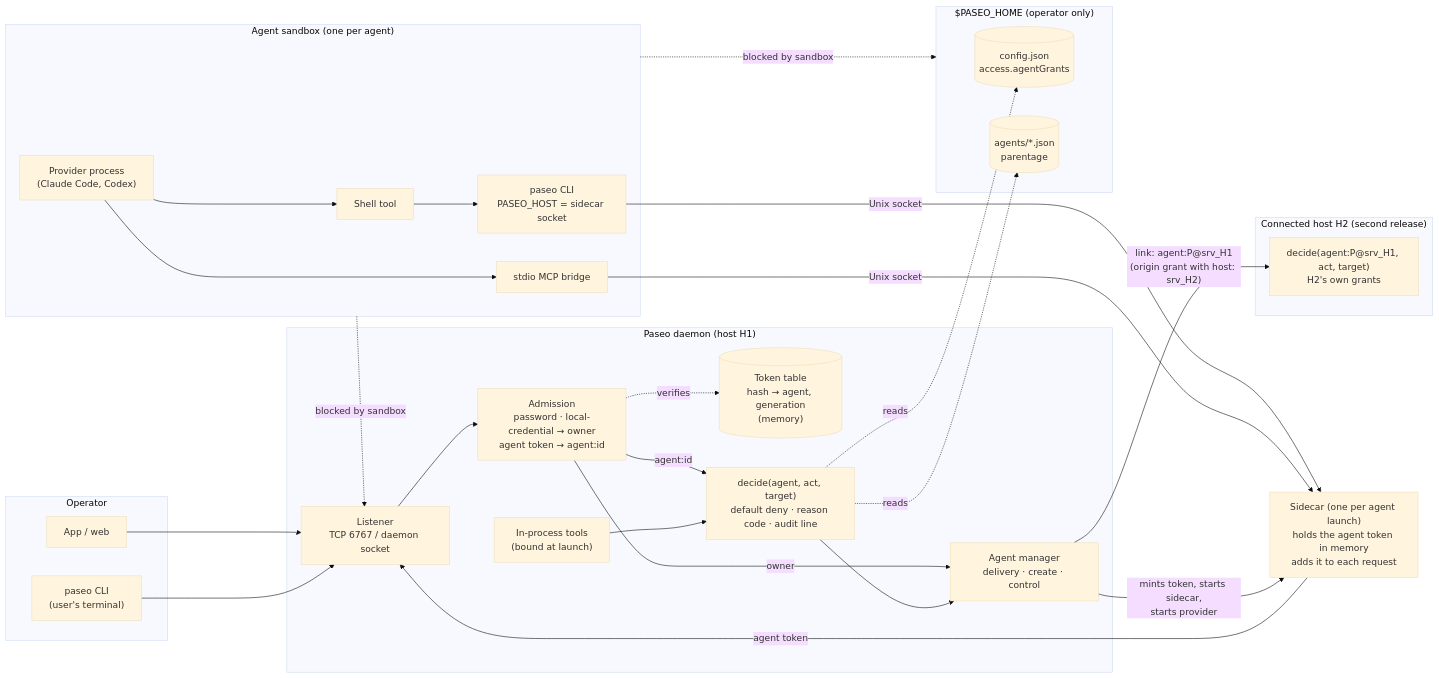
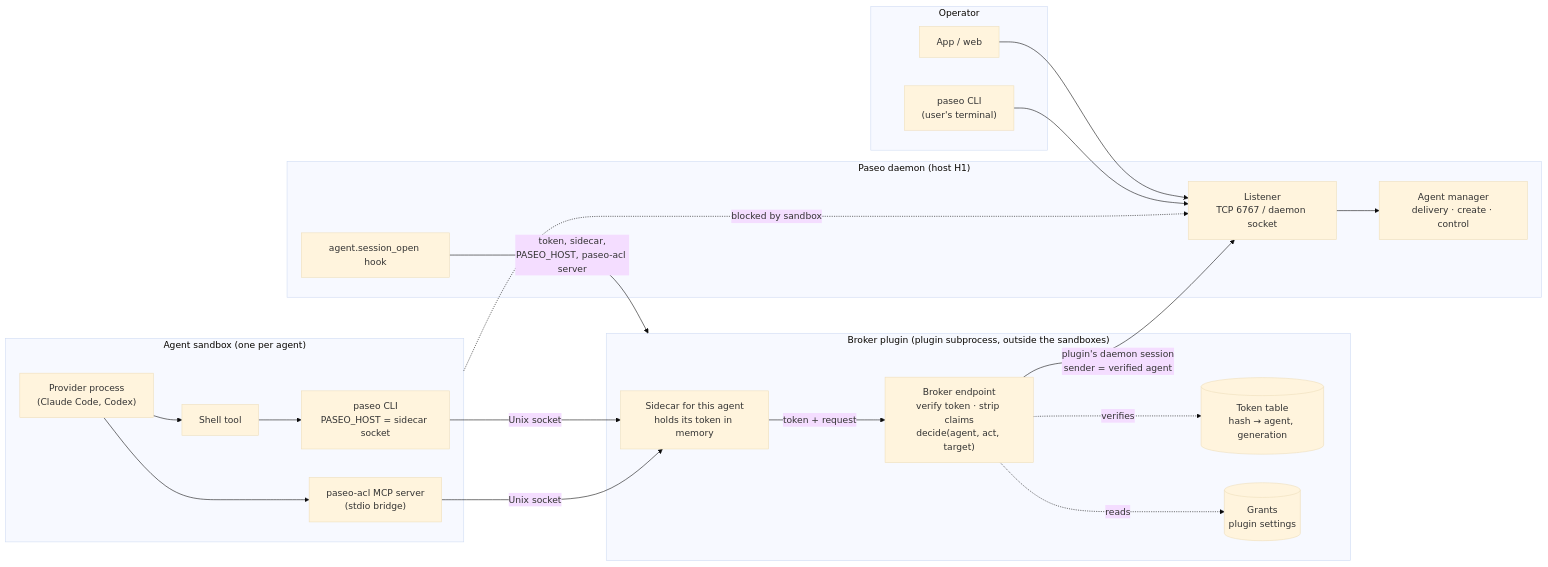
One commit to clkao/paseo changed the diagram in notes/agent-identity-and-grants.md. Above: the diagram before and after it, drawn with Mermaid (base theme). The commit also changed other lines of this file, not shown here.

Commit message:
Design: restructure as a broker plugin; core changes optional

````diff
--- a/notes/agent-identity-and-grants.md
+++ b/notes/agent-identity-and-grants.md
@@ -27,54 +30,41 @@
 ```mermaid
 flowchart LR
   subgraph OP["Operator"]
     APP["App / web"]
     OCLI["paseo CLI<br/>(user's terminal)"]
   end
 
   subgraph SBX["Agent sandbox (one per agent)"]
     PROV["Provider process<br/>(Claude Code, Codex)"]
     SH["Shell tool"]
     ACLI["paseo CLI<br/>PASEO_HOST = sidecar socket"]
-    BR["stdio MCP bridge"]
+    BR["paseo-acl MCP server<br/>(stdio bridge)"]
     PROV --> SH --> ACLI
     PROV --> BR
   end
 
-  SC["Sidecar (one per agent launch)<br/>holds the agent token in memory<br/>adds it to each request"]
+  subgraph PL["Broker plugin (plugin subprocess, outside the sandboxes)"]
+    SC["Sidecar for this agent<br/>holds its token in memory"]
+    EP["Broker endpoint<br/>verify token · strip claims<br/>decide(agent, act, target)"]
+    TOK[("Token table<br/>hash → agent, generation")]
+    GR[("Grants<br/>plugin settings")]
+    SC -- "token + request" --> EP
+    EP -. verifies .-> TOK
+    EP -. reads .-> GR
+  end
 
   subgraph D["Paseo daemon (host H1)"]
     OL["Listener<br/>TCP 6767 / daemon socket"]
-    ADM["Admission<br/>password · local-credential → owner<br/>agent token → agent:id"]
-    TOK[("Token table<br/>hash → agent, generation<br/>(memory)")]
-    INP["In-process tools<br/>(bound at launch)"]
-    DEC["decide(agent, act, target)<br/>default deny · reason code · audit line"]
     AM["Agent manager<br/>delivery · create · control"]
-    OL --> ADM
-    ADM -- "owner" --> AM
-    ADM -- "agent:id" --> DEC
-    ADM -. verifies .-> TOK
-    INP --> DEC
-    DEC --> AM
-  end
-
-  subgraph HOME["$PASEO_HOME (operator only)"]
-    CFG[("config.json<br/>access.agentGrants")]
-    REC[("agents/*.json<br/>parentage")]
+    HK["agent.session_open hook"]
+    OL --> AM
   end
 
   APP --> OL
   OCLI --> OL
   ACLI -- "Unix socket" --> SC
   BR -- "Unix socket" --> SC
-  SC -- "agent token" --> OL
+  EP -- "plugin's daemon session<br/>sender = verified agent" --> OL
   SBX -. "blocked by sandbox" .-> OL
-  SBX -. "blocked by sandbox" .-> HOME
-  DEC -. reads .-> CFG
-  DEC -. reads .-> REC
-  AM -- "mints token, starts sidecar,<br/>starts provider" --> SC
-
-  subgraph H2["Connected host H2 (second release)"]
-    DEC2["decide(agent:P@srv_H1, act, target)<br/>H2's own grants"]
-  end
-  AM -- "link: agent:P@srv_H1<br/>(origin grant with host: srv_H2)" --> DEC2
+  HK -- "token, sidecar,<br/>PASEO_HOST, paseo-acl server" --> PL
 ```
````
